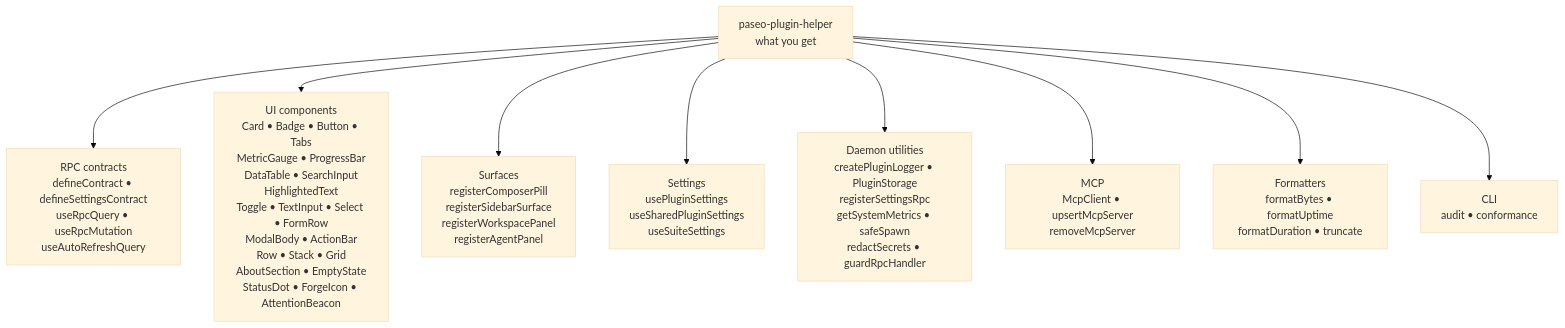
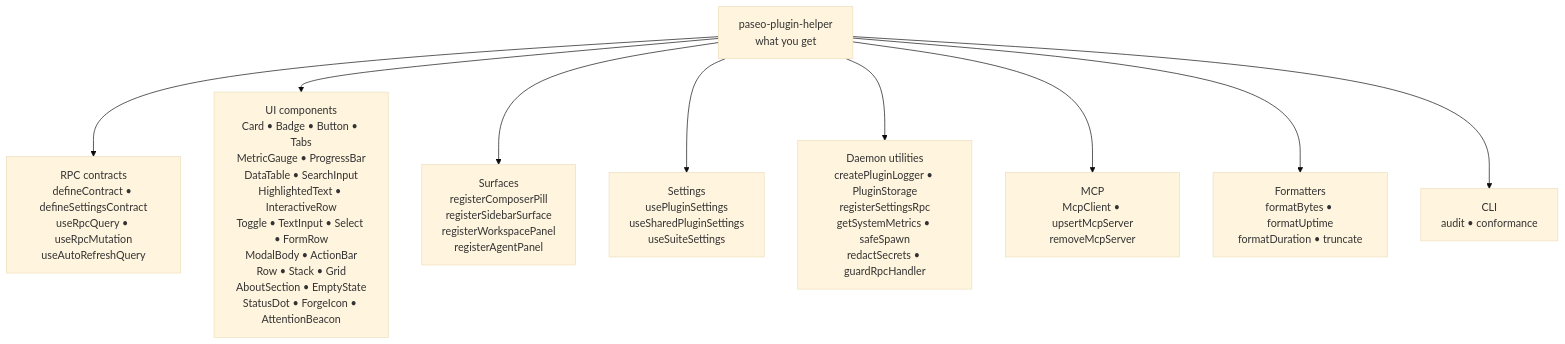
The diagram in packages/paseo-plugin-helper/README.md (xpufx/paseo), drawn with Mermaid (base theme) before and after one commit. The commit also changed other lines of this file and 33 other files, not shown here.

Commit message:
refactor(helper): add InteractiveRow primitive and migrate fleet rows + wellbeing actions (#580) (#584)

````diff
--- a/packages/paseo-plugin-helper/README.md
+++ b/packages/paseo-plugin-helper/README.md
@@ -60,13 +61,13 @@
 ```mermaid
 flowchart TB
     H["paseo-plugin-helper\nwhat you get"]
 
     H --> RPC["RPC contracts\ndefineContract • defineSettingsContract\nuseRpcQuery • useRpcMutation\nuseAutoRefreshQuery"]
-    H --> UI["UI components\nCard • Badge • Button • Tabs\nMetricGauge • ProgressBar\nDataTable • SearchInput\nHighlightedText\nToggle • TextInput • Select • FormRow\nModalBody • ActionBar\nRow • Stack • Grid\nAboutSection • EmptyState\nStatusDot • ForgeIcon • AttentionBeacon"]
+    H --> UI["UI components\nCard • Badge • Button • Tabs\nMetricGauge • ProgressBar\nDataTable • SearchInput\nHighlightedText • InteractiveRow\nToggle • TextInput • Select • FormRow\nModalBody • ActionBar\nRow • Stack • Grid\nAboutSection • EmptyState\nStatusDot • ForgeIcon • AttentionBeacon"]
     H --> PILL["Surfaces\nregisterComposerPill\nregisterSidebarSurface\nregisterWorkspacePanel\nregisterAgentPanel"]
     H --> SET["Settings\nusePluginSettings\nuseSharedPluginSettings\nuseSuiteSettings"]
     H --> SRV["Daemon utilities\ncreatePluginLogger • PluginStorage\nregisterSettingsRpc\ngetSystemMetrics • safeSpawn\nredactSecrets • guardRpcHandler"]
     H --> MCP["MCP\nMcpClient • upsertMcpServer\nremoveMcpServer"]
     H --> FMT["Formatters\nformatBytes • formatUptime\nformatDuration • truncate"]
     H --> CLI["CLI\naudit • conformance"]
 ```
````
